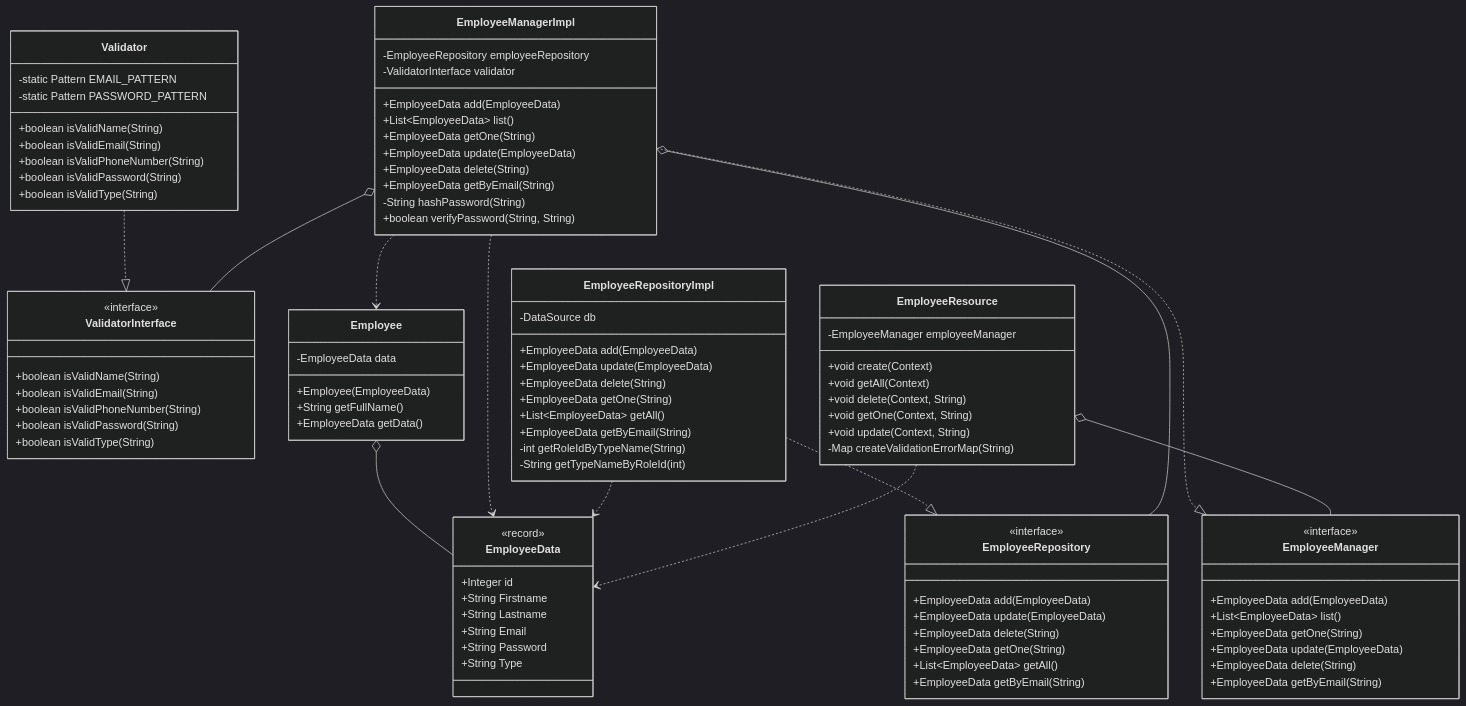
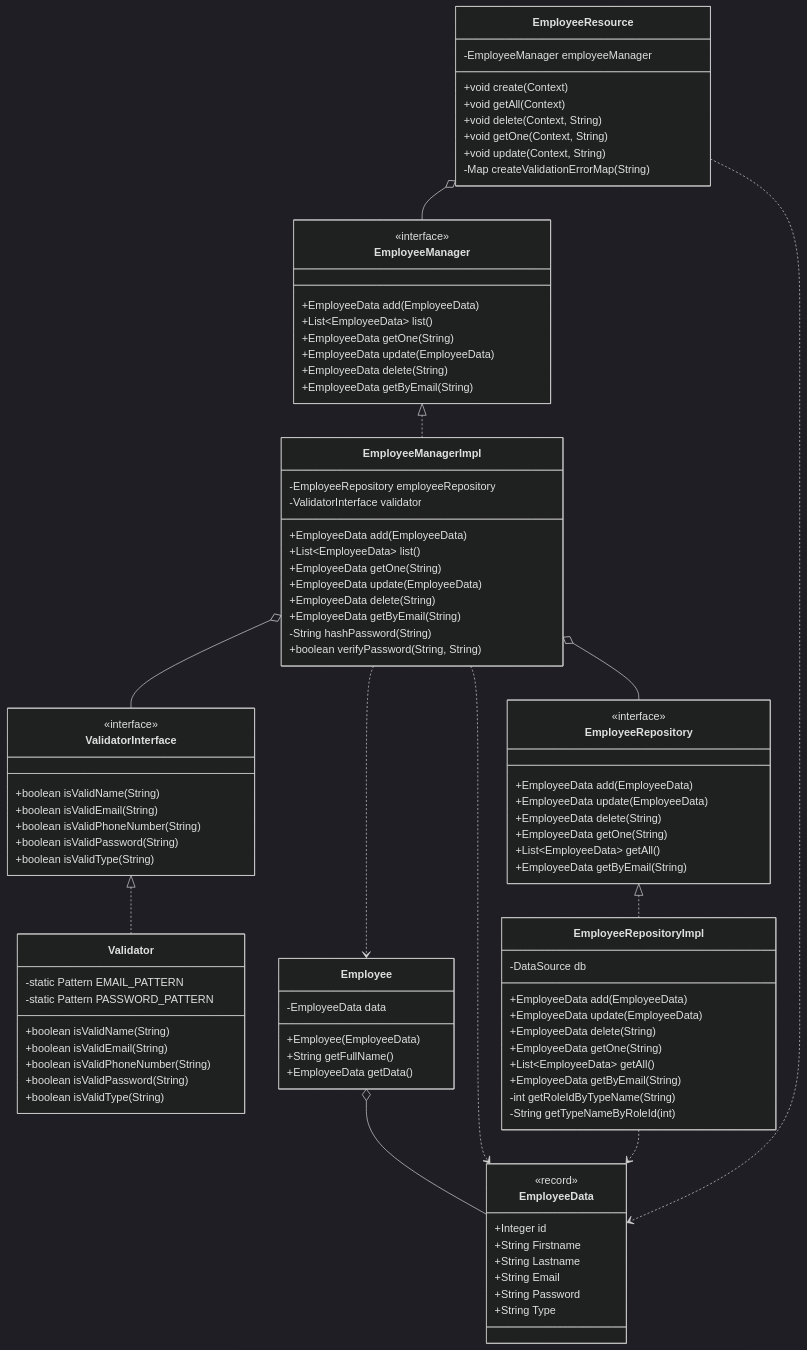
One commit to Leonardo-Notargiacomo/SkyVoyage changed the diagram in design/classDiagrams/employeeClassDiagram.md. Above: the diagram before and after it, drawn with Mermaid (dark theme).

Commit message:
Arrow correction

```diff
--- a/design/classDiagrams/employeeClassDiagram.md
+++ b/design/classDiagrams/employeeClassDiagram.md
@@ -10,7 +10,6 @@
         +String Password
         +String Type
     }
-
     %% Interfaces
     class EmployeeManager {
         <<interface>>
@@ -21,7 +20,6 @@
         +EmployeeData delete(String)
         +EmployeeData getByEmail(String)
     }
-
     class ValidatorInterface {
         <<interface>>
         +boolean isValidName(String)
@@ -30,7 +28,6 @@
         +boolean isValidPassword(String)
         +boolean isValidType(String)
     }
-
     class EmployeeRepository {
         <<interface>>
         +EmployeeData add(EmployeeData)
@@ -40,7 +37,6 @@
         +List~EmployeeData~ getAll()
         +EmployeeData getByEmail(String)
     }
-
     %% Implementation Classes
     class EmployeeManagerImpl {
         -EmployeeRepository employeeRepository
@@ -54,7 +50,6 @@
         -String hashPassword(String)
         +boolean verifyPassword(String, String)
     }
-
     class Validator {
         -static Pattern EMAIL_PATTERN
         -static Pattern PASSWORD_PATTERN
@@ -64,7 +59,6 @@
         +boolean isValidPassword(String)
         +boolean isValidType(String)
     }
-
     class EmployeeRepositoryImpl {
         -DataSource db
         +EmployeeData add(EmployeeData)
@@ -76,14 +70,12 @@
         -int getRoleIdByTypeName(String)
         -String getTypeNameByRoleId(int)
     }
-
     class Employee {
         -EmployeeData data
         +Employee(EmployeeData)
         +String getFullName()
         +EmployeeData getData()
     }
-
     class EmployeeResource {
         -EmployeeManager employeeManager
         +void create(Context)
@@ -93,18 +85,14 @@
         +void update(Context, String)
         -Map createValidationErrorMap(String)
     }
-
-    %% Relationships
-    EmployeeManagerImpl ..|> EmployeeManager
-    Validator ..|> ValidatorInterface
-    EmployeeRepositoryImpl ..|> EmployeeRepository
-
+    
+    EmployeeManager <|.. EmployeeManagerImpl
+    ValidatorInterface <|.. Validator
+    EmployeeRepository <|.. EmployeeRepositoryImpl
     EmployeeManagerImpl o-- EmployeeRepository
     EmployeeManagerImpl o-- ValidatorInterface
     EmployeeManagerImpl ..> Employee
-
     Employee o-- EmployeeData
-
     EmployeeResource o-- EmployeeManager
     EmployeeManagerImpl ..> EmployeeData
     EmployeeRepositoryImpl ..> EmployeeData
```
